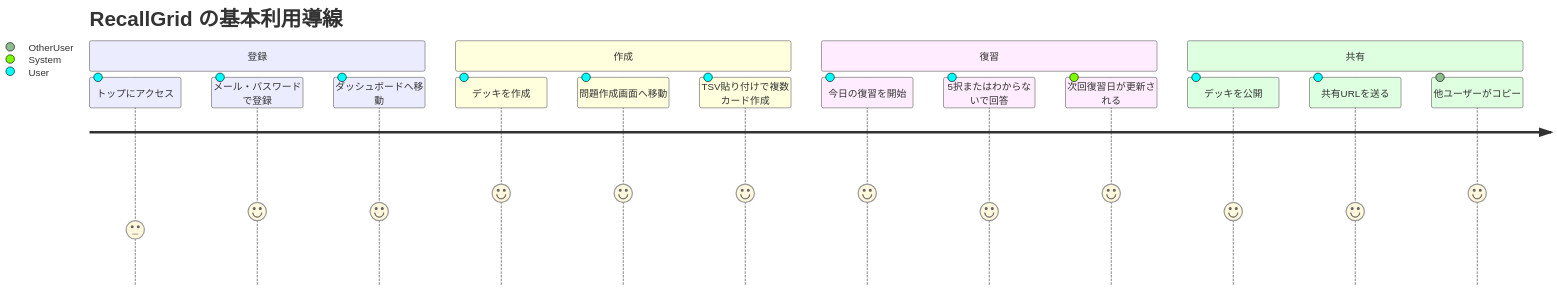
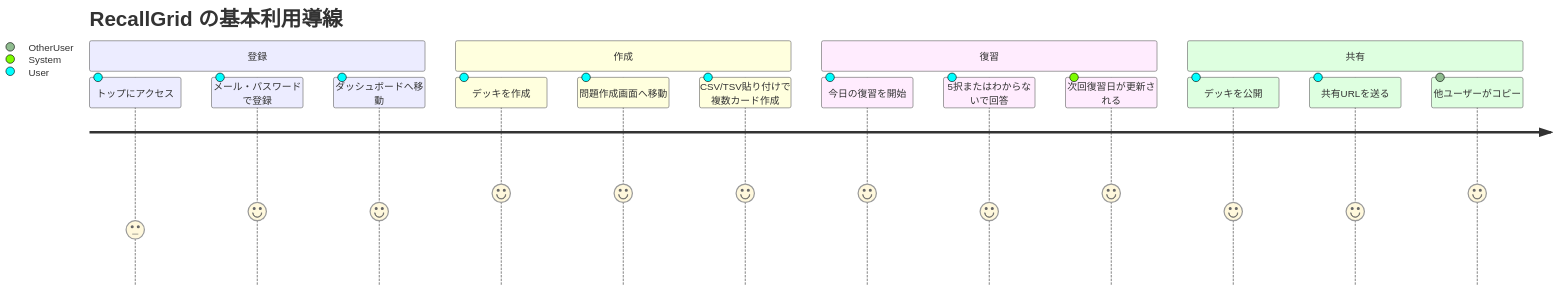
Before and after one commit to wawawatamasa0218-cmyk/recall-grid: the second of 2 diagrams in docs/diagrams/02-screen-overview.md, drawn with Mermaid. The commit also changed other lines of this file and 9 other files, not shown here.

````diff
--- a/docs/diagrams/02-screen-overview.md
+++ b/docs/diagrams/02-screen-overview.md
@@ -72,20 +72,20 @@
 ```mermaid
 journey
   title RecallGrid の基本利用導線
   section 登録
     トップにアクセス: 3: User
     メール・パスワードで登録: 4: User
     ダッシュボードへ移動: 4: User
   section 作成
     デッキを作成: 5: User
     問題作成画面へ移動: 5: User
-    TSV貼り付けで複数カード作成: 5: User
+    CSV/TSV貼り付けで複数カード作成: 5: User
   section 復習
     今日の復習を開始: 5: User
     5択またはわからないで回答: 4: User
     次回復習日が更新される: 5: System
   section 共有
     デッキを公開: 4: User
     共有URLを送る: 4: User
     他ユーザーがコピー: 5: OtherUser
 ```
````
